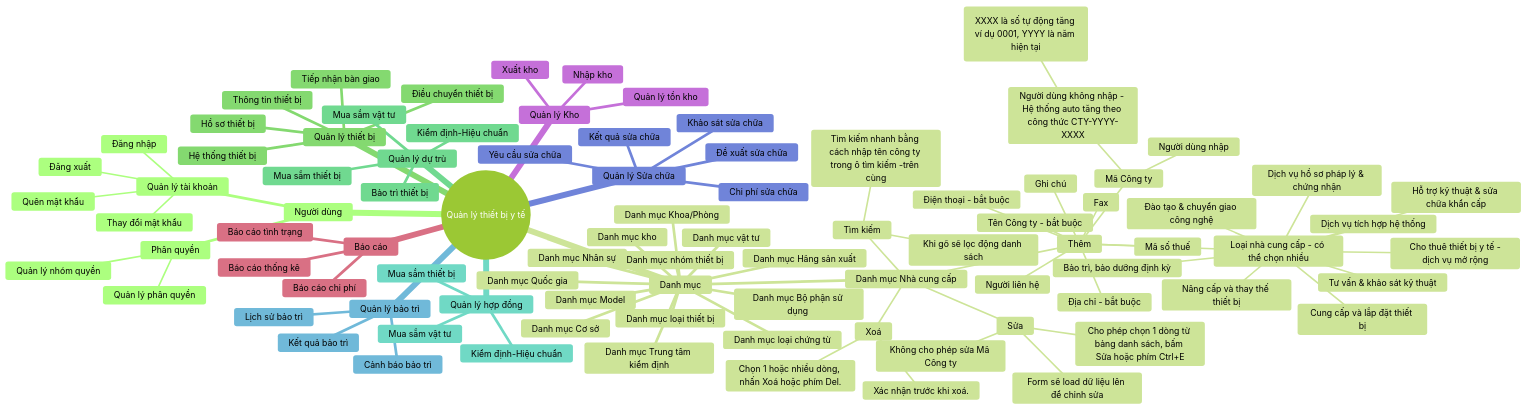
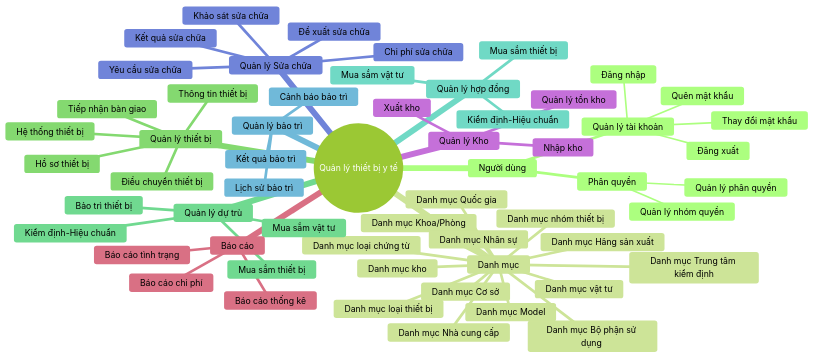
The diagram in mindmap.md (nthanhdo/mems-brainstorm), drawn with Mermaid (forest theme) before and after one commit.

```diff
--- a/mindmap.md
+++ b/mindmap.md
@@ -22,38 +22,6 @@
       Danh mục Model
       Danh mục kho
       Danh mục Nhà cung cấp
-        Thêm
-          Mã Công ty 
-               Người dùng nhập 
-               Người dùng không nhập - Hệ thống auto tăng theo công thức CTY-YYYY-XXXX
-                   (XXXX là số tự động tăng ví dụ 0001, YYYY là năm hiện tại)
-          Tên Công ty - bắt buộc
-          Mã số thuế
-          Loại nhà cung cấp - có thể chọn nhiều
-               Tư vấn & khảo sát kỹ thuật
-               Cung cấp và lắp đặt thiết bị
-               Đào tạo & chuyển giao công nghệ
-               Bảo trì, bảo dưỡng định kỳ
-               Hỗ trợ kỹ thuật & sửa chữa khẩn cấp
-               Dịch vụ hồ sơ pháp lý & chứng nhận
-               Nâng cấp và thay thế thiết bị
-               Cho thuê thiết bị y tế -dịch vụ mở rộng
-               Dịch vụ tích hợp hệ thống                    
-         Địa chỉ - bắt buộc
-         Người liên hệ
-         Điện thoại - bắt buộc
-         Fax
-         Ghi chú  
-        Sửa
-         Cho phép chọn 1 dòng từ bảng danh sách, bấm Sửa hoặc phím Ctrl+E
-         Form sẽ load dữ liệu lên để chỉnh sửa
-         Không cho phép sửa Mã Công ty
-        Tìm kiếm
-         Tìm kiếm nhanh bằng cách nhập tên công ty trong ô tìm kiếm -trên cùng
-         Khi gõ sẽ lọc động danh sách
-        Xoá
-         Chọn 1 hoặc nhiều dòng, nhấn Xoá hoặc phím Del.
-         Xác nhận trước khi xoá.
       Danh mục Trung tâm kiểm định
       Danh mục nhóm thiết bị
       Danh mục loại thiết bị
```
